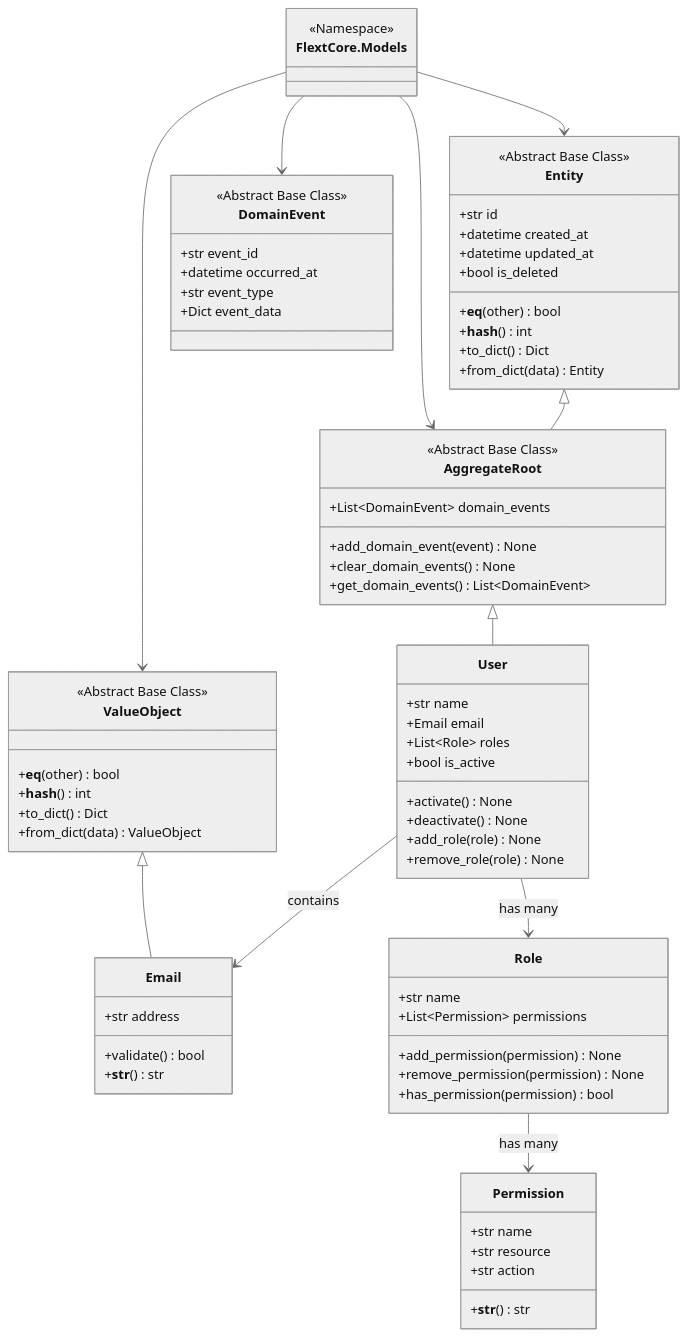
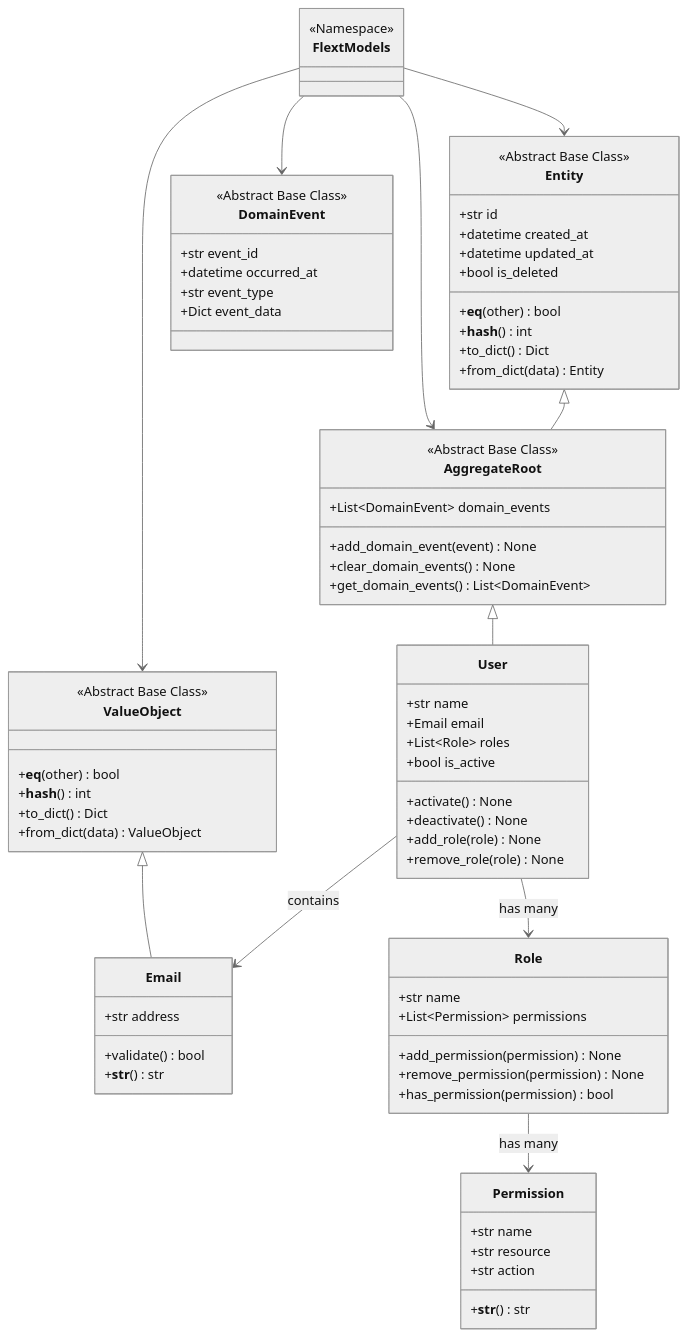
One commit to flext-sh/flext changed the third of 10 diagrams in docs/architecture/c4-model/code-diagrams.md. Above: the diagram before and after it, drawn with Mermaid (neutral theme). The commit also changed other lines of this file and 372 other files, not shown here.

````diff
--- a/docs/architecture/c4-model/code-diagrams.md
+++ b/docs/architecture/c4-model/code-diagrams.md
@@ -90,6 +90,6 @@
 ```mermaid
 classDiagram
-    class FlextCore.Models {
+    class FlextModels {
         <<Namespace>>
     }
 
@@ -161,10 +161,10 @@
         +__str__() str
     }
 
-    FlextCore.Models --> Entity
-    FlextCore.Models --> ValueObject
-    FlextCore.Models --> AggregateRoot
-    FlextCore.Models --> DomainEvent
+    FlextModels --> Entity
+    FlextModels --> ValueObject
+    FlextModels --> AggregateRoot
+    FlextModels --> DomainEvent
 
     Entity <|-- AggregateRoot
     ValueObject <|-- Email
````
